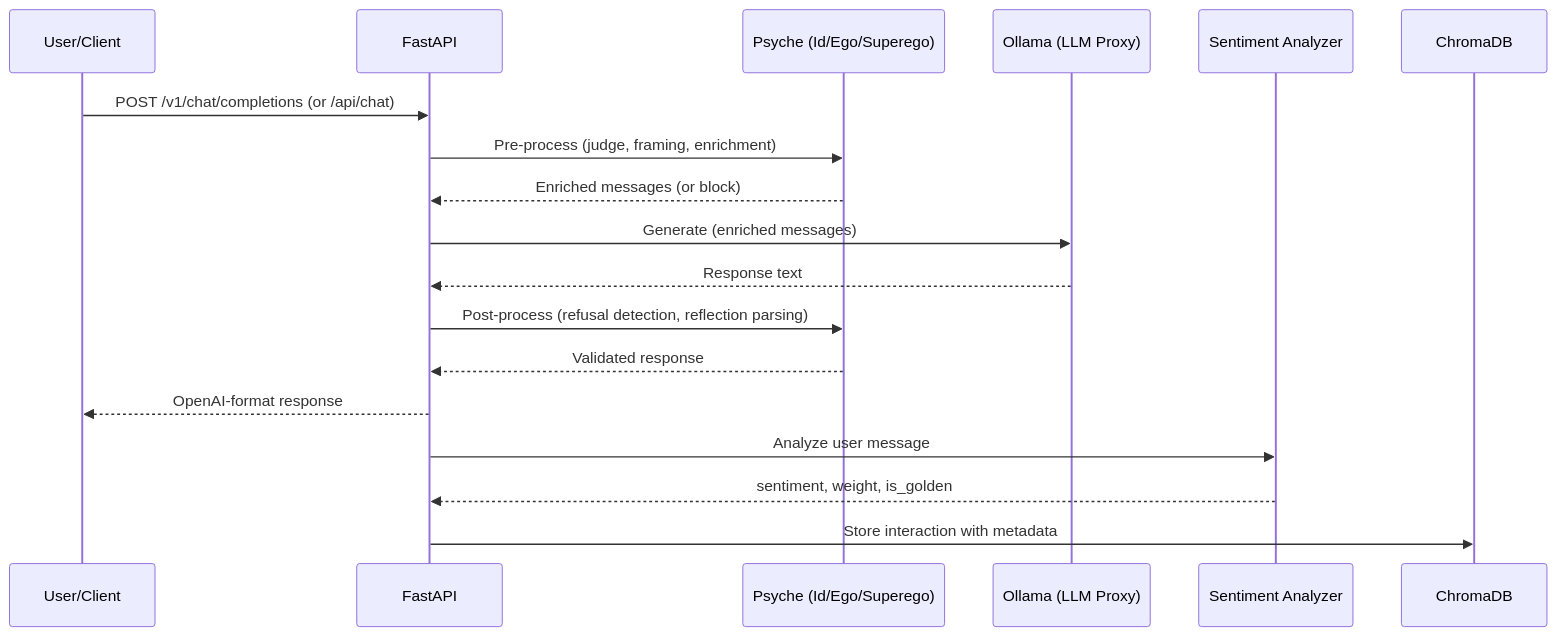
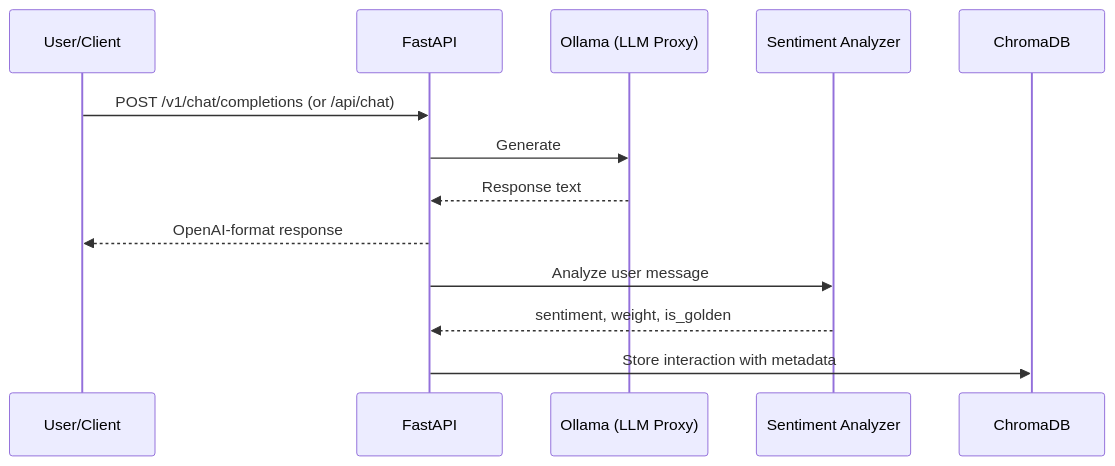
The second of 6 diagrams in FOR_NERDS.md (manikmakki/Project-RLHFL), drawn with Mermaid before and after one commit. The commit also changed other lines of this file and 24 other files, not shown here.

````diff
--- a/FOR_NERDS.md
+++ b/FOR_NERDS.md
@@ -91,21 +89,16 @@
 ```mermaid
 sequenceDiagram
     participant U as User/Client
     participant API as FastAPI
-    participant PSY as Psyche (Id/Ego/Superego)
     participant LLM as Ollama (LLM Proxy)
     participant SA as Sentiment Analyzer
     participant DB as ChromaDB
 
     U->>API: POST /v1/chat/completions (or /api/chat)
-    API->>PSY: Pre-process (judge, framing, enrichment)
-    PSY-->>API: Enriched messages (or block)
-    API->>LLM: Generate (enriched messages)
+    API->>LLM: Generate
     LLM-->>API: Response text
-    API->>PSY: Post-process (refusal detection, reflection parsing)
-    PSY-->>API: Validated response
     API-->>U: OpenAI-format response
     API->>SA: Analyze user message
     SA-->>API: sentiment, weight, is_golden
     API->>DB: Store interaction with metadata
 ```
````
